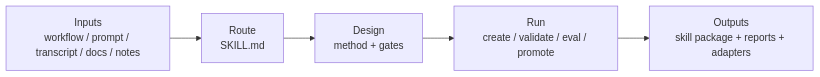
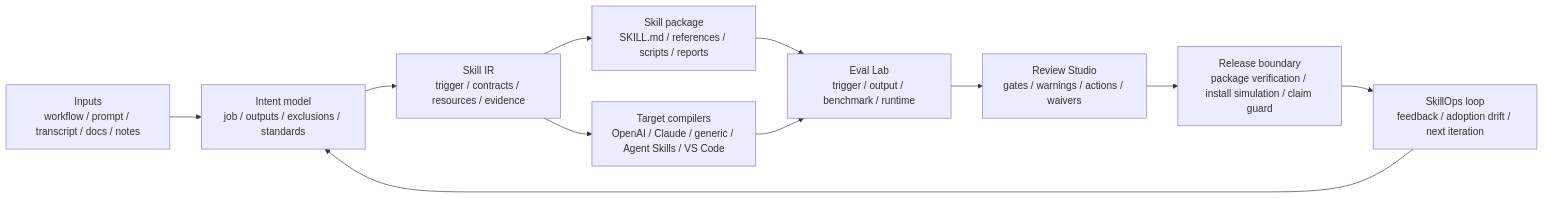
The diagram in skills/yao-meta-skill/README.md (coriaxu/Coriaxu-skills), drawn with Mermaid before and after one commit. The commit also changed other lines of this file and 407 other files, not shown here.

````diff
--- a/skills/yao-meta-skill/README.md
+++ b/skills/yao-meta-skill/README.md
@@ -45,7 +117,13 @@
 ```mermaid
 flowchart LR
-    A["Inputs<br/>workflow / prompt / transcript / docs / notes"] --> B["Route<br/>SKILL.md"]
-    B --> C["Design<br/>method + gates"]
-    C --> D["Run<br/>create / validate / eval / promote"]
-    D --> E["Outputs<br/>skill package + reports + adapters"]
+    A["Inputs<br/>workflow / prompt / transcript / docs / notes"] --> B["Intent model<br/>job / outputs / exclusions / standards"]
+    B --> C["Skill IR<br/>trigger / contracts / resources / evidence"]
+    C --> D["Skill package<br/>SKILL.md / references / scripts / reports"]
+    C --> E["Target compilers<br/>OpenAI / Claude / generic / Agent Skills / VS Code"]
+    D --> F["Eval Lab<br/>trigger / output / benchmark / runtime"]
+    E --> F
+    F --> G["Review Studio<br/>gates / warnings / actions / waivers"]
+    G --> H["Release boundary<br/>package verification / install simulation / claim guard"]
+    H --> I["SkillOps loop<br/>feedback / adoption drift / next iteration"]
+    I --> B
 ```
````
